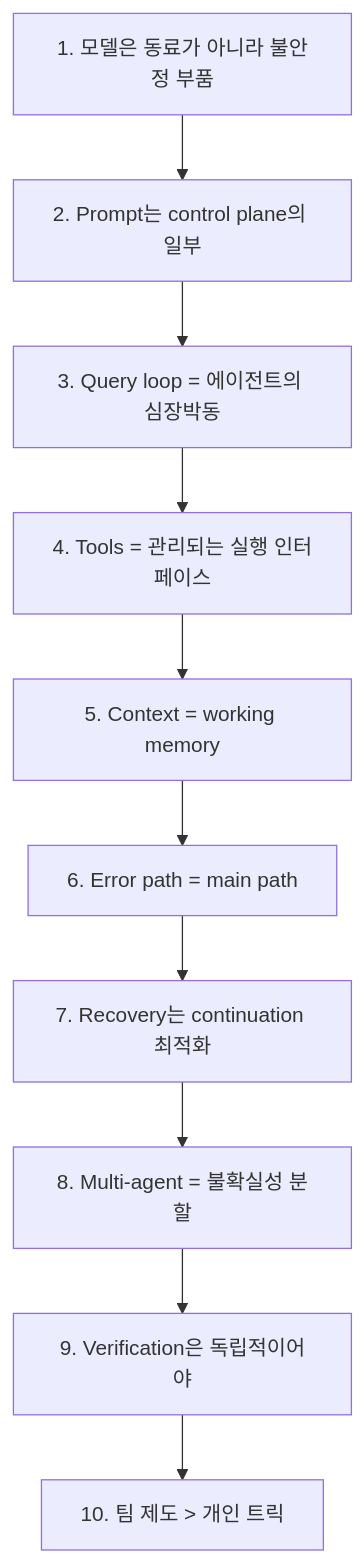
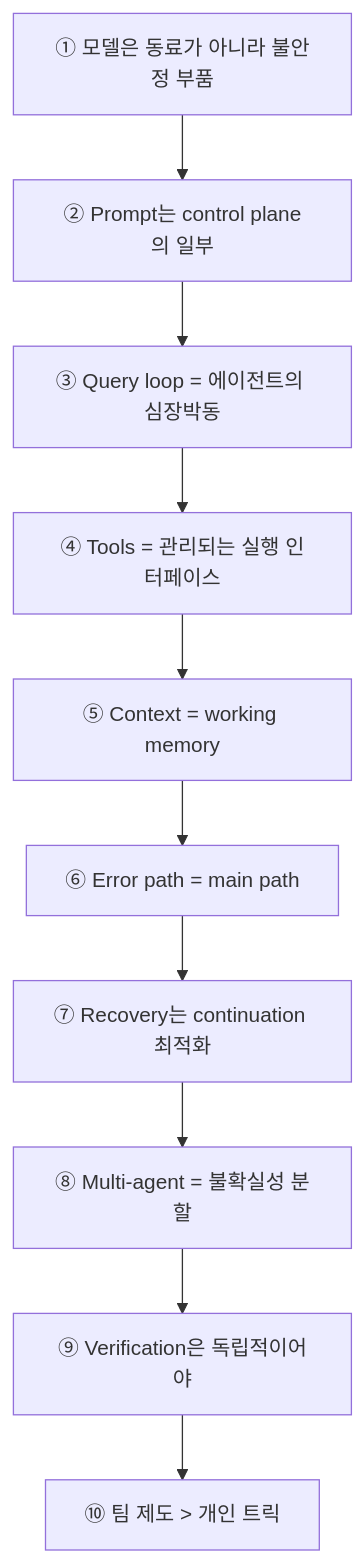
Diagram 12 of 12 in content/reading/harness-engineering-claude-code-design-guide.md (DBhyeong/DBhyeong.github.io), drawn with Mermaid before and after one commit. The commit also changed other lines of this file and 1 other file, not shown here.

Commit message:
blog: mermaid 렌더깨짐 추가 수정 — 미따옴표 라벨 list 트리거 15건 + angle 1건
라이브 렌더 검증에서 발각: 1차 수정(따옴표 라벨만)이 놓친 미따옴표
브래킷 라벨 [N. ...] 트리거를 balance-improvement(5)·harness(10)에서 추가 적발.
harness rhombus 라벨 cap<MAX? → cap＜MAX?. sequenceDiagram fetch_page(1)은
함수인자라 오탐 제외(변환 안 함).

````diff
--- a/content/reading/harness-engineering-claude-code-design-guide.md
+++ b/content/reading/harness-engineering-claude-code-design-guide.md
@@ -427,12 +427,12 @@
 ```mermaid
 flowchart TB
-    P1[1. 모델은 동료가 아니라 불안정 부품] --> P2[2. Prompt는 control plane의 일부]
-    P2 --> P3[3. Query loop = 에이전트의 심장박동]
-    P3 --> P4[4. Tools = 관리되는 실행 인터페이스]
-    P4 --> P5[5. Context = working memory]
-    P5 --> P6[6. Error path = main path]
-    P6 --> P7[7. Recovery는 continuation 최적화]
-    P7 --> P8[8. Multi-agent = 불확실성 분할]
-    P8 --> P9[9. Verification은 독립적이어야]
-    P9 --> P10[10. 팀 제도 > 개인 트릭]
+    P1[① 모델은 동료가 아니라 불안정 부품] --> P2[② Prompt는 control plane의 일부]
+    P2 --> P3[③ Query loop = 에이전트의 심장박동]
+    P3 --> P4[④ Tools = 관리되는 실행 인터페이스]
+    P4 --> P5[⑤ Context = working memory]
+    P5 --> P6[⑥ Error path = main path]
+    P6 --> P7[⑦ Recovery는 continuation 최적화]
+    P7 --> P8[⑧ Multi-agent = 불확실성 분할]
+    P8 --> P9[⑨ Verification은 독립적이어야]
+    P9 --> P10[⑩ 팀 제도 > 개인 트릭]
 ```
````
